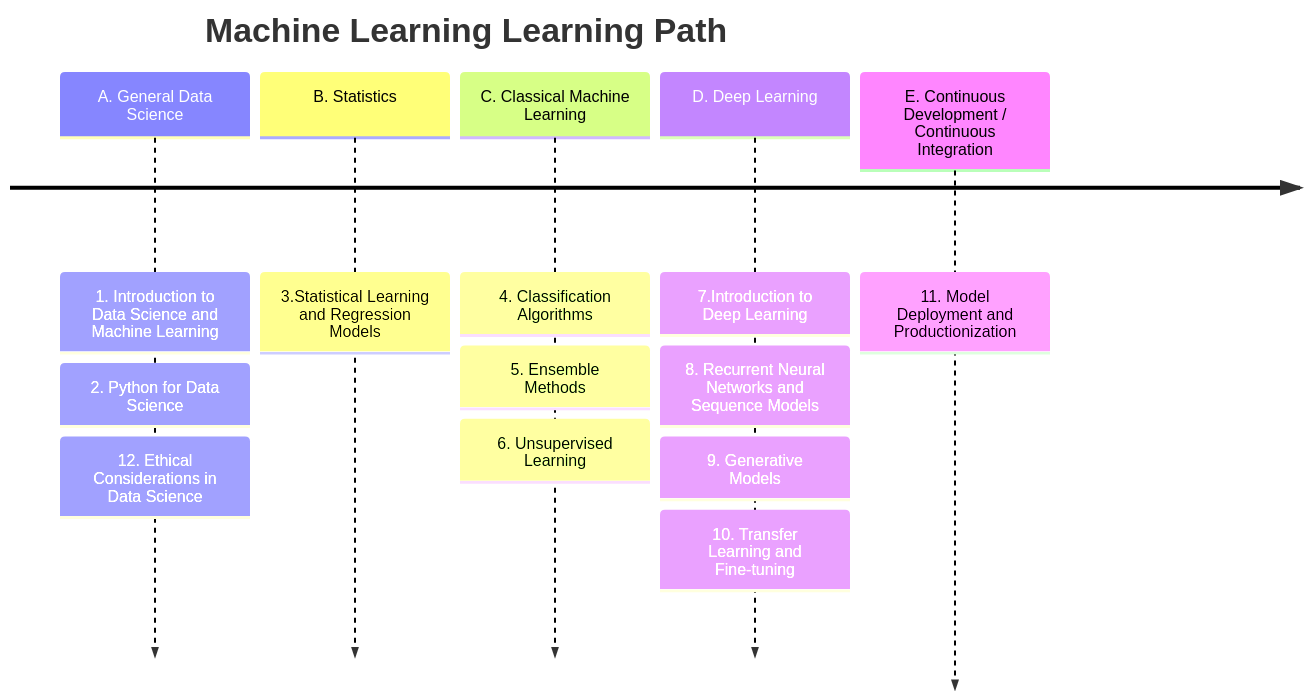
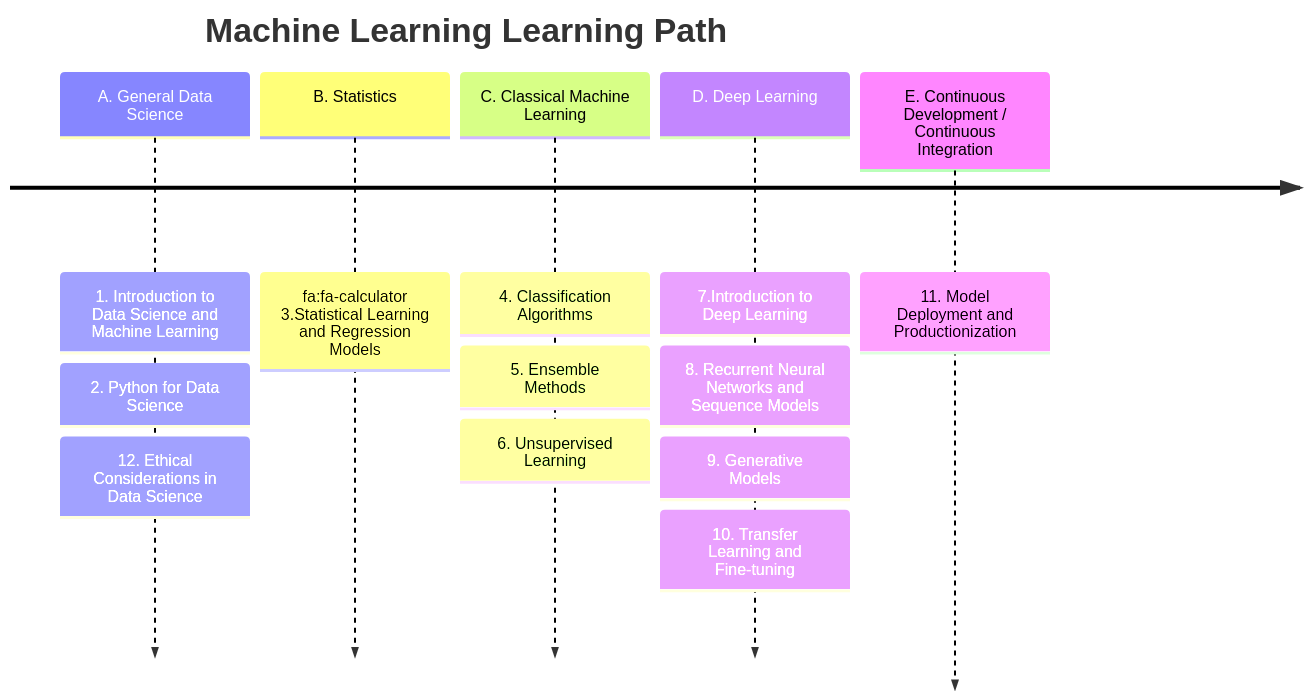
One commit to ua-datalab/ua-datalab.github.io changed the first of 2 diagrams in docs/mlpaths.md. Above: the diagram before and after it, drawn with Mermaid.

````diff
--- a/docs/mlpaths.md
+++ b/docs/mlpaths.md
@@ -6,17 +6,17 @@
 ```mermaid
 timeline
     title Machine Learning Learning Path
     A. General Data Science : 1. Introduction to Data Science and Machine Learning
     	    	 	     : 2. Python for Data Science
 			     : 12. Ethical Considerations in Data Science
-    B. Statistics : 3.Statistical Learning and Regression Models
+    B. Statistics : fa:fa-calculator 3.Statistical Learning and Regression Models
     C. Classical Machine Learning : 4. Classification Algorithms
 				 : 5. Ensemble Methods
 				 : 6. Unsupervised Learning
     D. Deep Learning : 7.Introduction to Deep Learning
     	   	    : 8. Recurrent Neural Networks and Sequence Models
 		    : 9. Generative Models
 		    : 10. Transfer Learning and Fine-tuning
     E. Continuous Development / Continuous Integration  : 11. Model Deployment and Productionization
 
 ```
````
